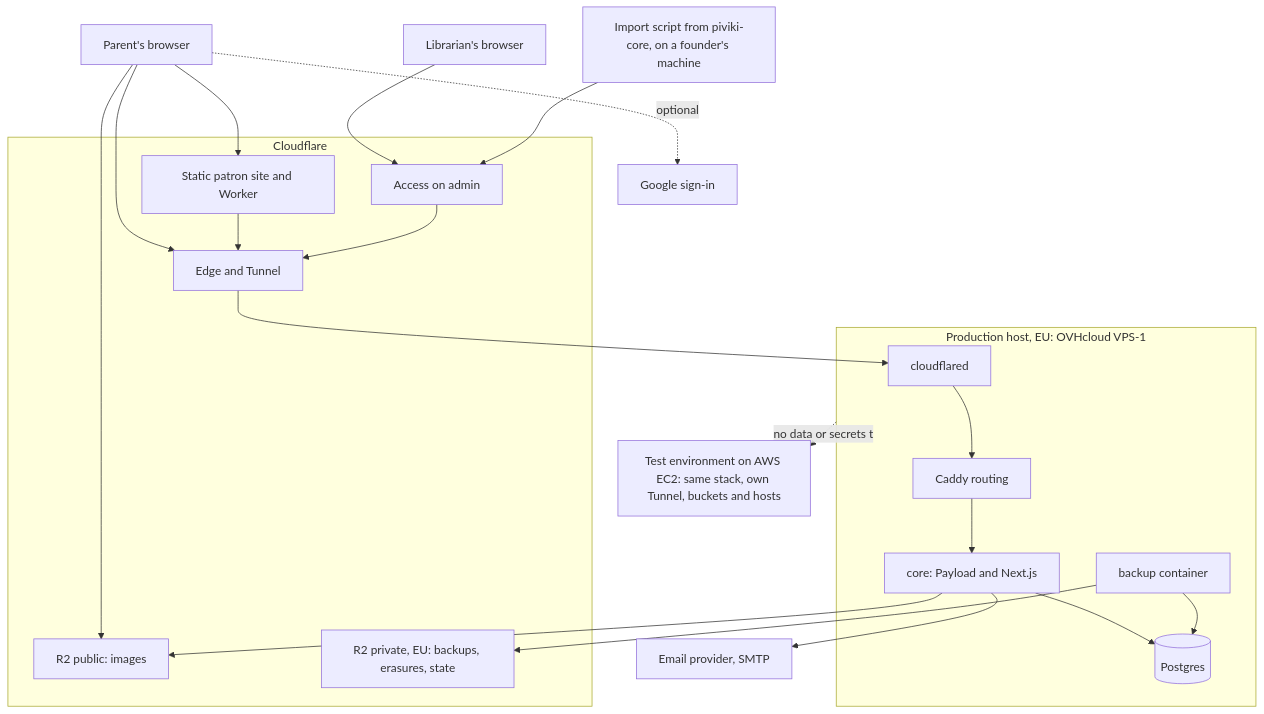
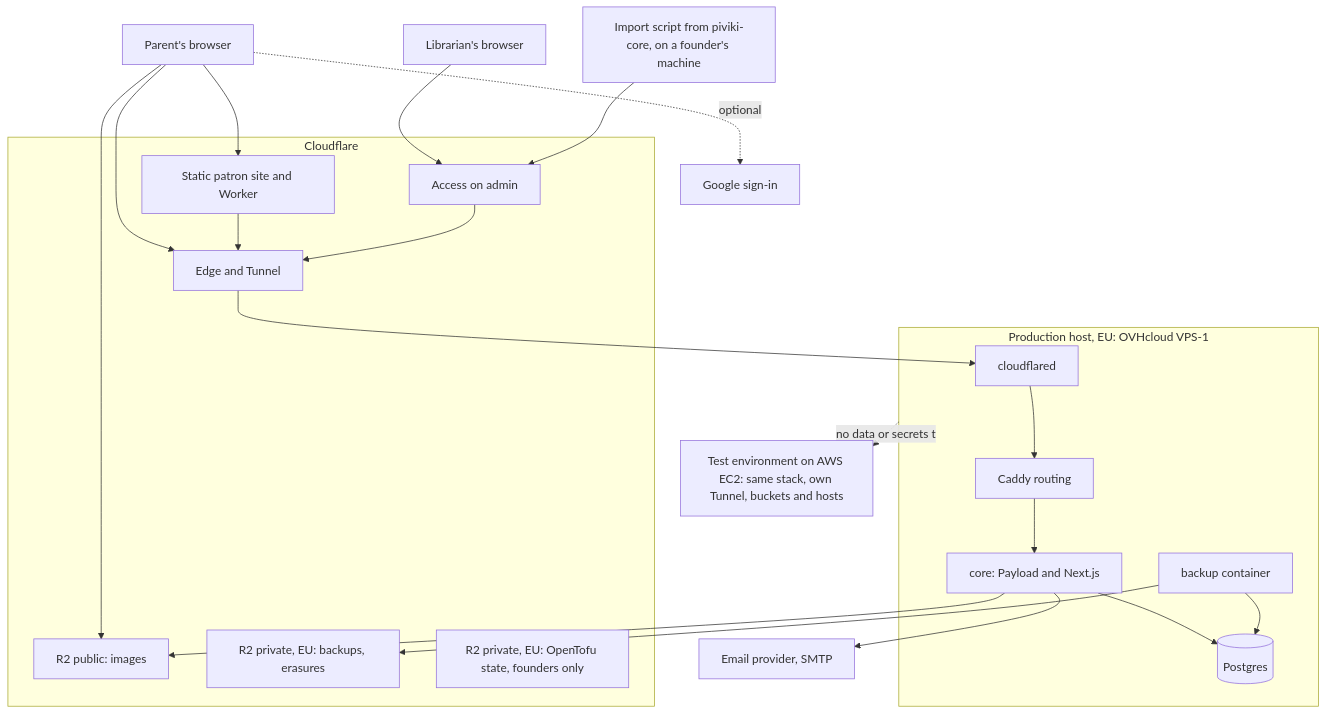
The second of 3 diagrams in initiative-kirjasto-mvp/architecture-piviki/architecture-piviki.md (piviki-org/piviki-planning), drawn with Mermaid before and after one commit. The commit also changed other lines of this file and 8 other files, not shown here.

First line of the commit message:
Split OpenTofu state into a bucket per environment

````diff
--- a/initiative-kirjasto-mvp/architecture-piviki/architecture-piviki.md
+++ b/initiative-kirjasto-mvp/architecture-piviki/architecture-piviki.md
@@ -311,32 +311,33 @@
 ```mermaid
 flowchart TB
   browser[Parent's browser]
   librarian[Librarian's browser]
   scan[Import script from piviki-core, on a founder's machine]
   subgraph cf[Cloudflare]
     site[Static patron site and Worker]
     access[Access on admin]
     edge[Edge and Tunnel]
     media[R2 public: images]
-    backup[R2 private, EU: backups, erasures, state]
+    backup[R2 private, EU: backups, erasures]
+    state[R2 private, EU: OpenTofu state, founders only]
   end
   subgraph ovh[Production host, EU: OVHcloud VPS-1]
     tunnel[cloudflared] --> caddy[Caddy routing]
     caddy --> core[core: Payload and Next.js]
     core --> pg[(Postgres)]
     bk[backup container] --> pg
   end
   browser --> site
   browser --> edge
   site --> edge
   librarian --> access
   scan --> access
   access --> edge
   browser --> media
   edge --> tunnel
   core --> media
   bk --> backup
   core --> mail[Email provider, SMTP]
   browser -.optional.-> google[Google sign-in]
   ovh -.no data or secrets to.-> test[Test environment on AWS EC2: same stack, own Tunnel, buckets and hosts]
 ```
````
